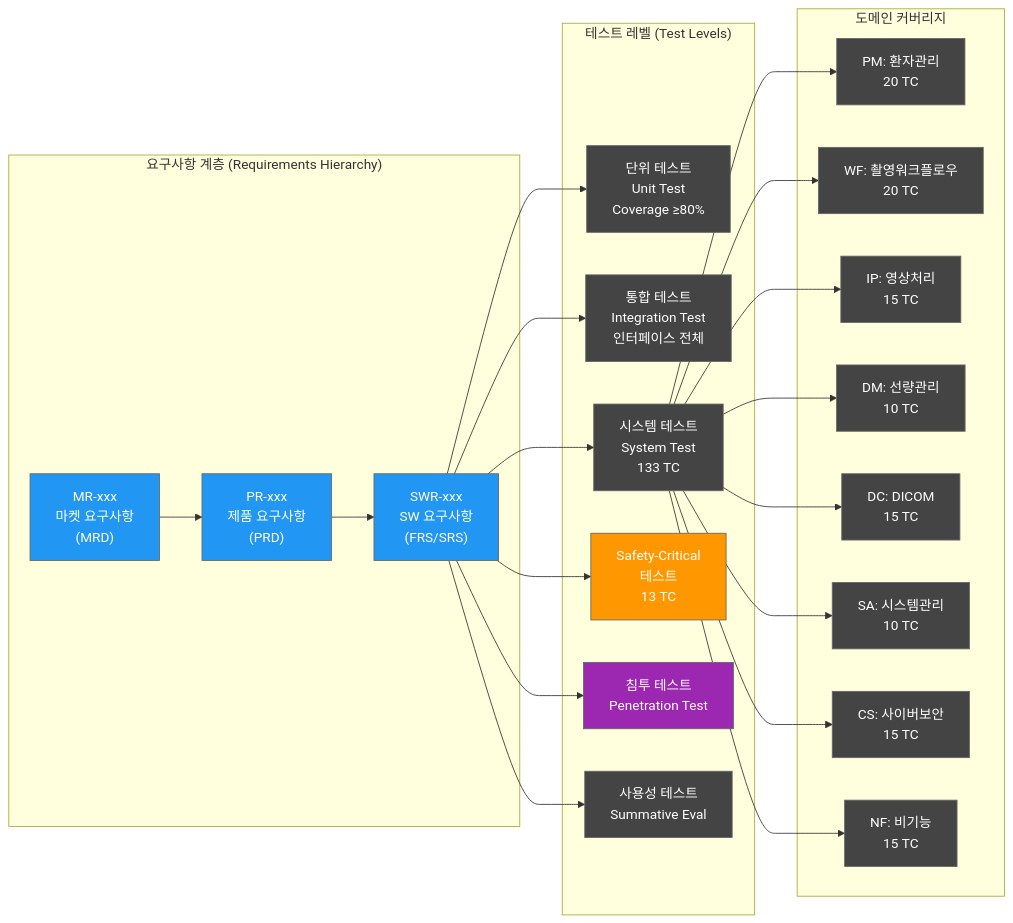
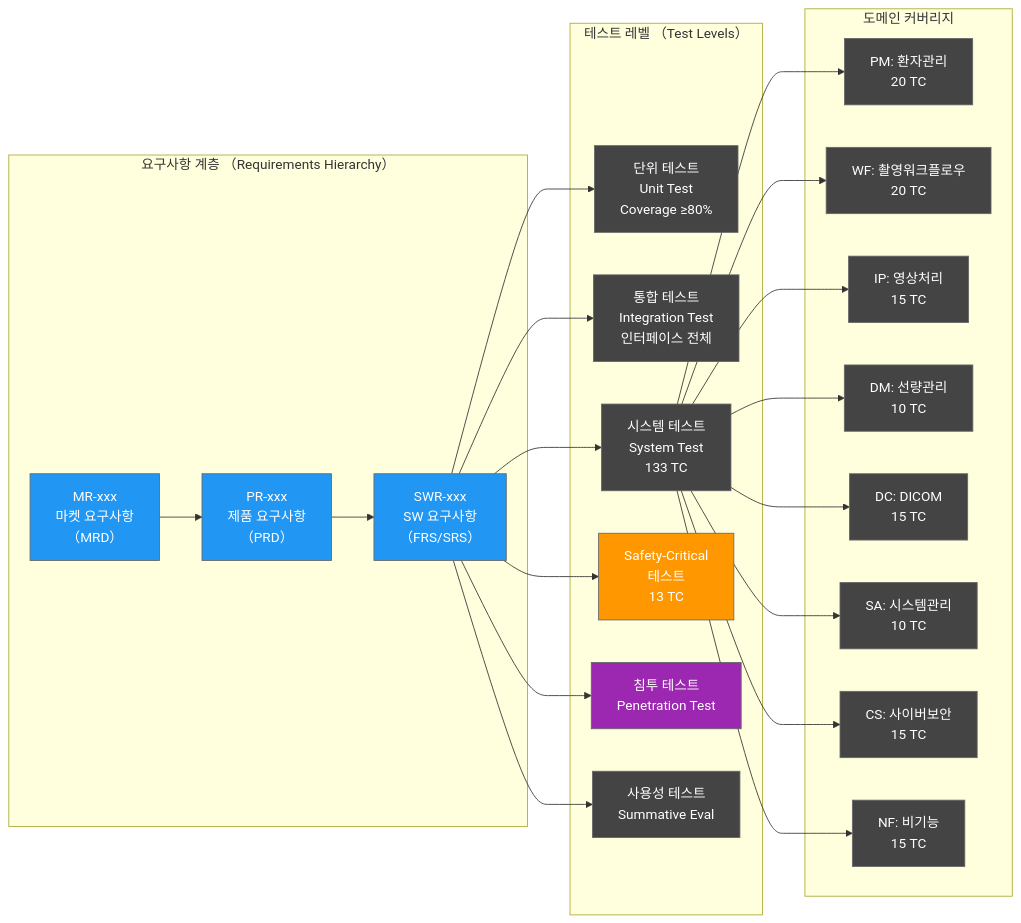
One commit to holee9/console-gui changed the third of 4 diagrams in docs/testing/DOC-030_QA_Test_Plan_v1.0.md. Above: the diagram before and after it, drawn with Mermaid. The commit also changed 22 other files, not shown here.

First line of the commit message:
fix: Mermaid flowchart 노드 내 괄호 파싱 오류 전면 수정

````diff
--- a/docs/testing/DOC-030_QA_Test_Plan_v1.0.md
+++ b/docs/testing/DOC-030_QA_Test_Plan_v1.0.md
@@ -708,52 +708,52 @@
 ```mermaid
 graph LR
     classDef default fill:#444,stroke:#666,color:#fff
-    subgraph Requirements["요구사항 계층 (Requirements Hierarchy)"]
-        MR["MR-xxx\n마켓 요구사항\n(MRD)"]
-        PR["PR-xxx\n제품 요구사항\n(PRD)"]
-        SWR["SWR-xxx\nSW 요구사항\n(FRS/SRS)"]
+    subgraph Requirements["요구사항 계층 （Requirements Hierarchy）"]
+        MR["MR-xxx\n마켓 요구사항\n（MRD）"]
+        PR["PR-xxx\n제품 요구사항\n（PRD）"]
+        SWR["SWR-xxx\nSW 요구사항\n（FRS/SRS）"]
     end
 
-    subgraph Testing["테스트 레벨 (Test Levels)"]
+    subgraph Testing["테스트 레벨 （Test Levels）"]
         UT["단위 테스트\nUnit Test\nCoverage ≥80%"]
         IT["통합 테스트\nIntegration Test\n인터페이스 전체"]
         ST["시스템 테스트\nSystem Test\n133 TC"]
         SC["Safety-Critical\n테스트\n13 TC"]
         PT["침투 테스트\nPenetration Test"]
         UT2["사용성 테스트\nSummative Eval"]
     end
 
     subgraph Domains["도메인 커버리지"]
         PM["PM: 환자관리\n20 TC"]
         WF["WF: 촬영워크플로우\n20 TC"]
         IP["IP: 영상처리\n15 TC"]
         DM["DM: 선량관리\n10 TC"]
         DC["DC: DICOM\n15 TC"]
         SA["SA: 시스템관리\n10 TC"]
         CS["CS: 사이버보안\n15 TC"]
         NF["NF: 비기능\n15 TC"]
     end
 
     MR --> PR --> SWR
     SWR --> UT
     SWR --> IT
     SWR --> ST
     SWR --> SC
     SWR --> PT
     SWR --> UT2
 
     ST --> PM
     ST --> WF
     ST --> IP
     ST --> DM
     ST --> DC
     ST --> SA
     ST --> CS
     ST --> NF
 
     style SC fill:#FF9800,color:#fff
     style PT fill:#9C27B0,color:#fff
     style MR fill:#2196F3,color:#fff
     style PR fill:#2196F3,color:#fff
     style SWR fill:#2196F3,color:#fff
 ```
````
